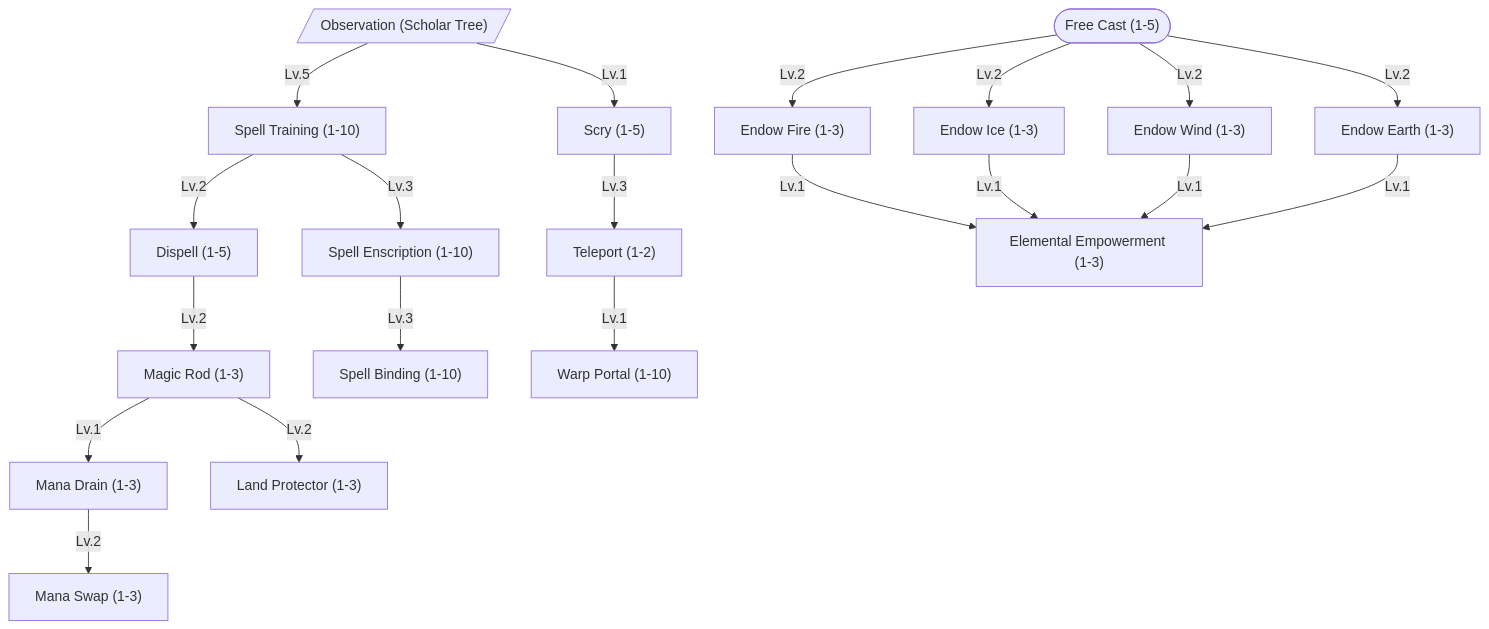
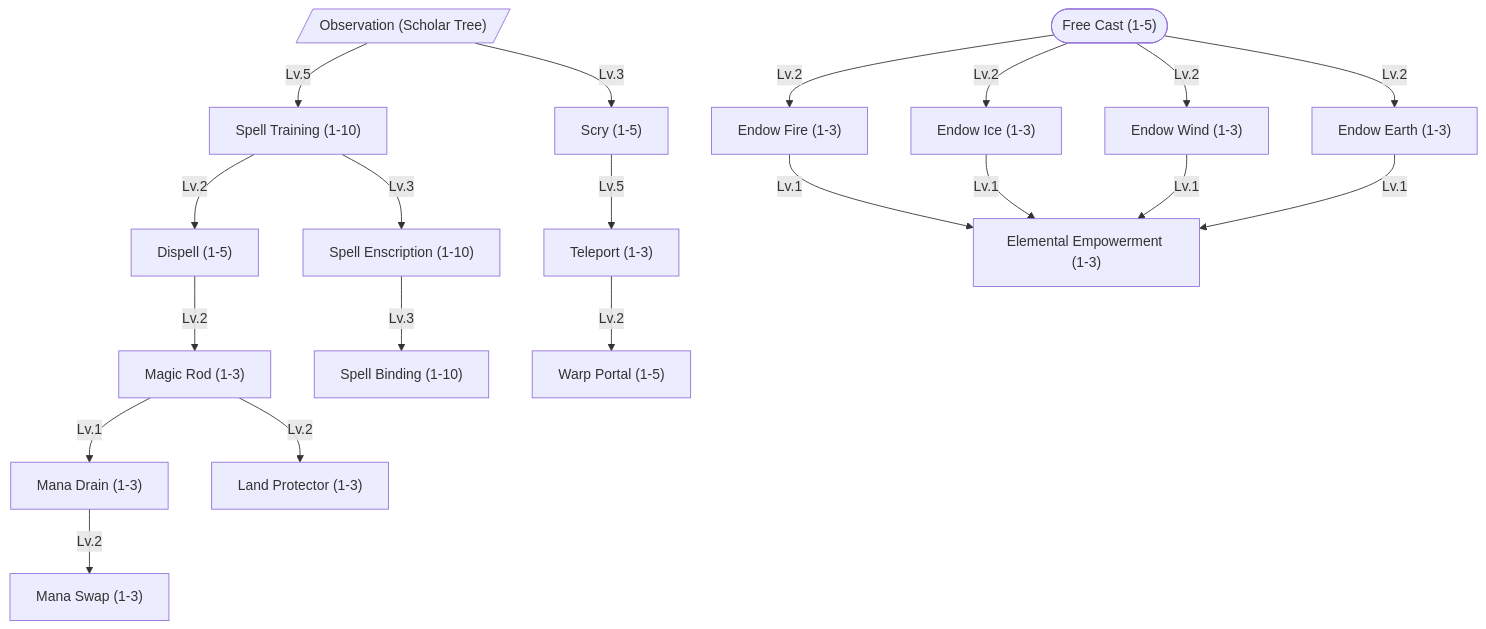
Before and after one commit to tfelix/bestia-docs: diagram 13 of 16 in content/docs/mechanics/master.md, drawn with Mermaid. The commit also changed other lines of this file, not shown here.

````diff
--- a/content/docs/mechanics/master.md
+++ b/content/docs/mechanics/master.md
@@ -1395,44 +1378,44 @@
 ```mermaid
 graph TD
     Observation[/"Observation (Scholar Tree)"/]
     SpellTraining["Spell Training (1-10)"]
     FreeCast(["Free Cast (1-5)"])
     Scry["Scry (1-5)"]
     Dispell["Dispell (1-5)"]
     SpellEnscription["Spell Enscription (1-10)"]
     SpellBinding["Spell Binding (1-10)"]
-    Teleport["Teleport (1-2)"]
-    WarpPortal["Warp Portal (1-10)"]
+    Teleport["Teleport (1-3)"]
+    WarpPortal["Warp Portal (1-5)"]
     MagicRod["Magic Rod (1-3)"]
     ManaDrain["Mana Drain (1-3)"]
     ManaSwap["Mana Swap (1-3)"]
     LandProtector["Land Protector (1-3)"]
     EndowFire["Endow Fire (1-3)"]
     EndowIce["Endow Ice (1-3)"]
     EndowWind["Endow Wind (1-3)"]
     EndowEarth["Endow Earth (1-3)"]
     ElementalEmpowerment["Elemental Empowerment (1-3)"]
 
     Observation -->|Lv.5| SpellTraining
-    Observation -->|Lv.1| Scry
+    Observation -->|Lv.3| Scry
     SpellTraining -->|Lv.2| Dispell
     SpellTraining -->|Lv.3| SpellEnscription
     SpellEnscription -->|Lv.3| SpellBinding
 
-    Scry -->|Lv.3| Teleport
-    Teleport -->|Lv.1| WarpPortal
+    Scry -->|Lv.5| Teleport
+    Teleport -->|Lv.2| WarpPortal
 
     Dispell -->|Lv.2| MagicRod
     MagicRod -->|Lv.1| ManaDrain
     ManaDrain -->|Lv.2| ManaSwap
     MagicRod -->|Lv.2| LandProtector
 
     FreeCast -->|Lv.2| EndowFire
     FreeCast -->|Lv.2| EndowIce
     FreeCast -->|Lv.2| EndowWind
     FreeCast -->|Lv.2| EndowEarth
     EndowWind -->|Lv.1| ElementalEmpowerment
     EndowIce -->|Lv.1| ElementalEmpowerment
     EndowFire -->|Lv.1| ElementalEmpowerment
     EndowEarth -->|Lv.1| ElementalEmpowerment
 ```
````
